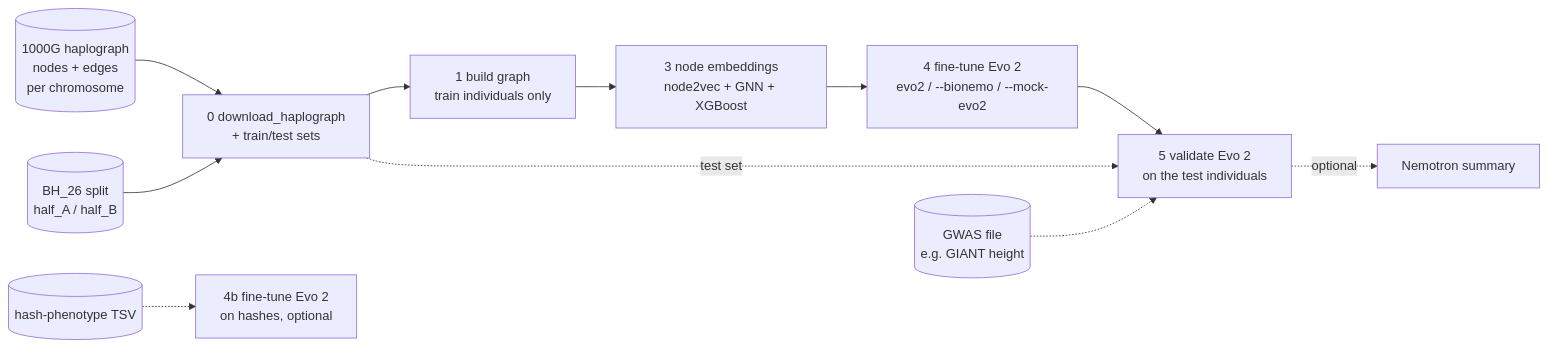
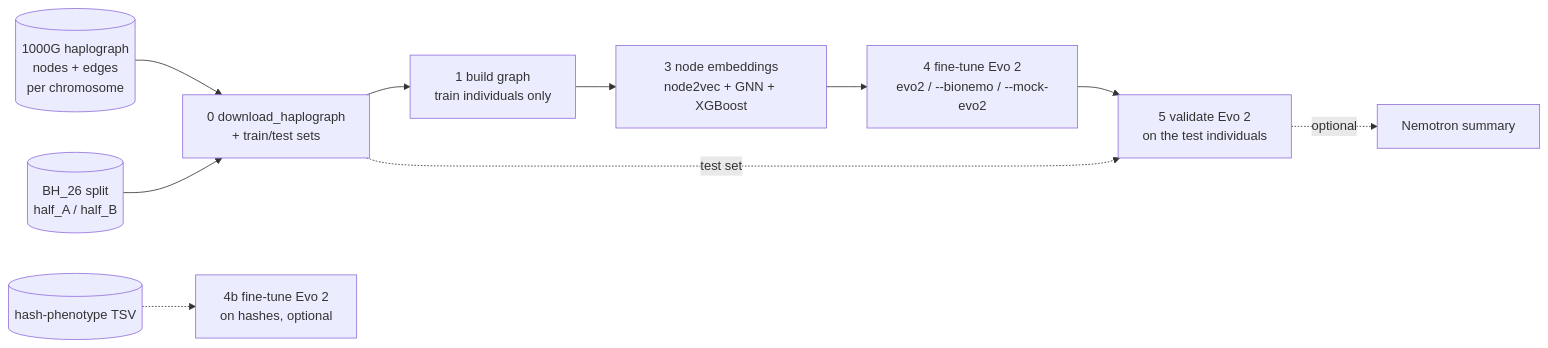
Before and after one commit to collaborativebioinformatics/GenoPheno_Embedding_Validator: the diagram in DOCUMENTATION.md, drawn with Mermaid. The commit also changed other lines of this file and 3 other files, not shown here.

````diff
--- a/DOCUMENTATION.md
+++ b/DOCUMENTATION.md
@@ -16,13 +16,12 @@
 ```mermaid
 flowchart LR
     D[(1000G haplograph<br/>nodes + edges<br/>per chromosome)] --> S0[0 download_haplograph<br/>+ train/test sets]
     SP[(BH_26 split<br/>half_A / half_B)] --> S0
     S0 --> S1[1 build graph<br/>train individuals only]
     S1 --> S3[3 node embeddings<br/>node2vec + GNN + XGBoost]
     S3 --> S4[4 fine-tune Evo 2<br/>evo2 / --bionemo / --mock-evo2]
     H[(hash-phenotype TSV)] -.-> S4b[4b fine-tune Evo 2<br/>on hashes, optional]
     S4 --> S5[5 validate Evo 2<br/>on the test individuals]
     S0 -.test set.-> S5
-    G[(GWAS file<br/>e.g. GIANT height)] -.-> S5
     S5 -.optional.-> N[Nemotron summary]
 ```
````
